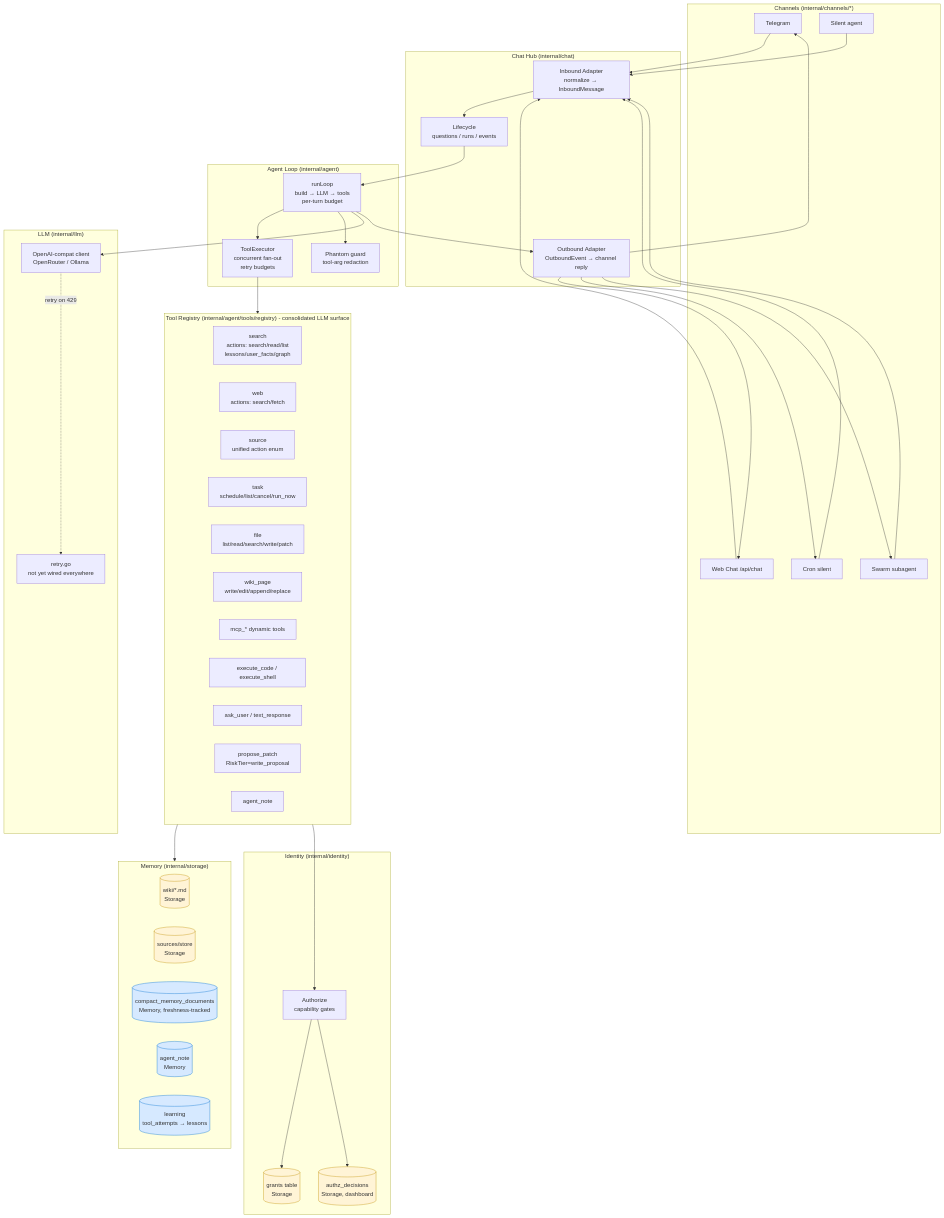
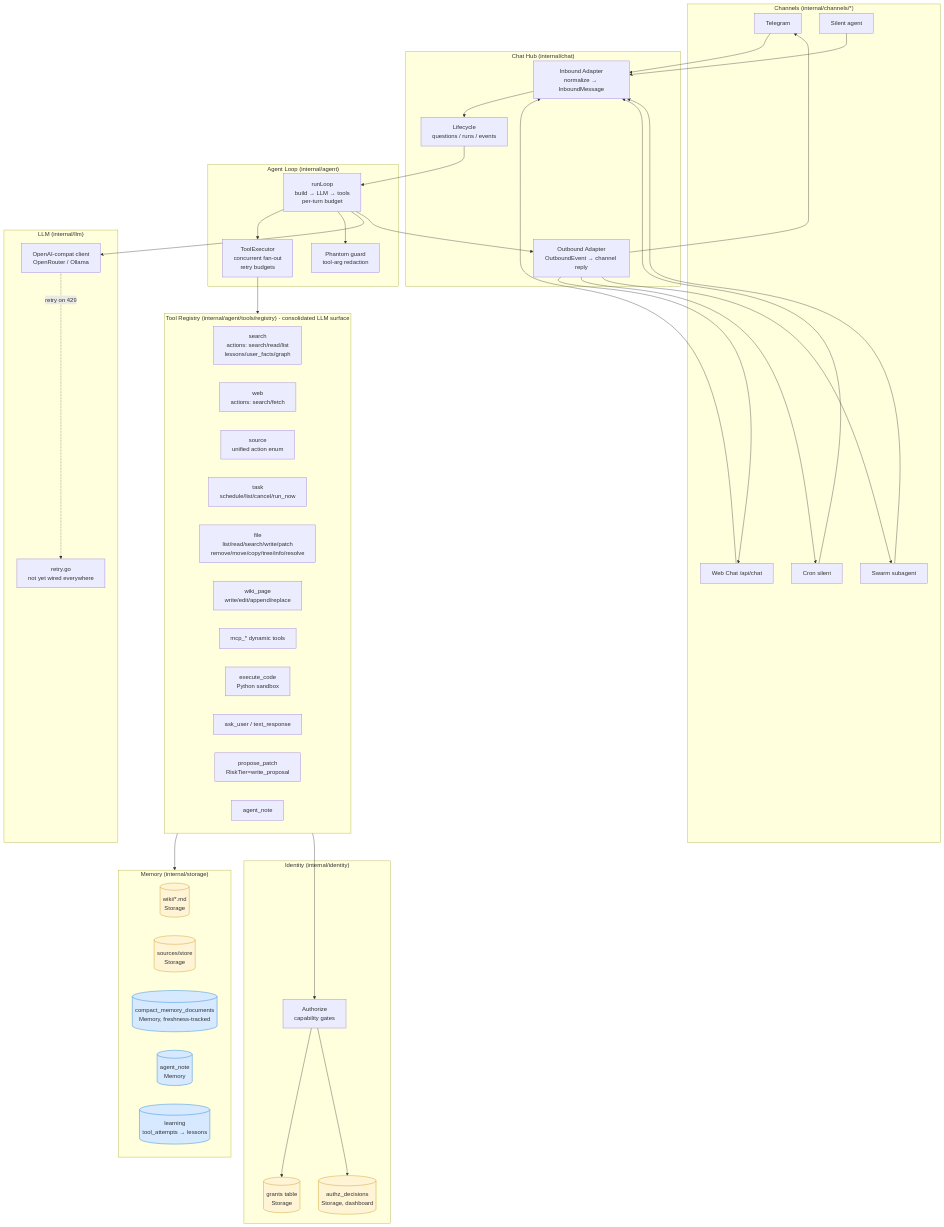
One commit to chetto1983/Aura changed the first of 2 diagrams in README.md. Above: the diagram before and after it, drawn with Mermaid. The commit also changed 32 other files, not shown here.

First line of the commit message:
feat(file): add remove/move/copy/tree/info/resolve actions; remove execute_shell

```diff
--- a/README.md
+++ b/README.md
@@ -108,10 +108,10 @@
     WEBT[web<br/>actions: search/fetch]
     SRCT[source<br/>unified action enum]
     TASKT[task<br/>schedule/list/cancel/run_now]
-    FILET[file<br/>list/read/search/write/patch]
+    FILET[file<br/>list/read/search/write/patch<br/>remove/move/copy/tree/info/resolve]
     WIKIT[wiki_page<br/>write/edit/append/replace]
     MCP[mcp_* dynamic tools]
-    EXECT[execute_code / execute_shell]
+    EXECT[execute_code<br/>Python sandbox]
     ASK[ask_user / text_response]
     PROPOSE[propose_patch<br/>RiskTier=write_proposal]
     ANOTE[agent_note]
```
